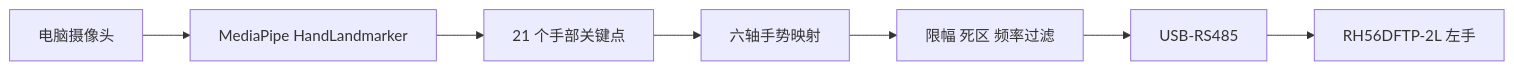
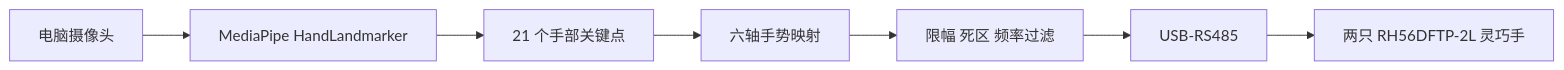
One commit to zyqzyq2266/bimanual-rh56-vision-control changed the diagram in README.md. Above: the diagram before and after it, drawn with Mermaid. The commit also changed other lines of this file and 2 other files, not shown here.

````diff
--- a/README.md
+++ b/README.md
@@ -9,9 +9,9 @@
 ```mermaid
 flowchart LR
     A[电脑摄像头] --> B[MediaPipe HandLandmarker]
     B --> C[21 个手部关键点]
     C --> D[六轴手势映射]
     D --> E[限幅 死区 频率过滤]
     E --> F[USB-RS485]
-    F --> G[RH56DFTP-2L 左手]
+    F --> G[两只 RH56DFTP-2L 灵巧手]
 ```
````
